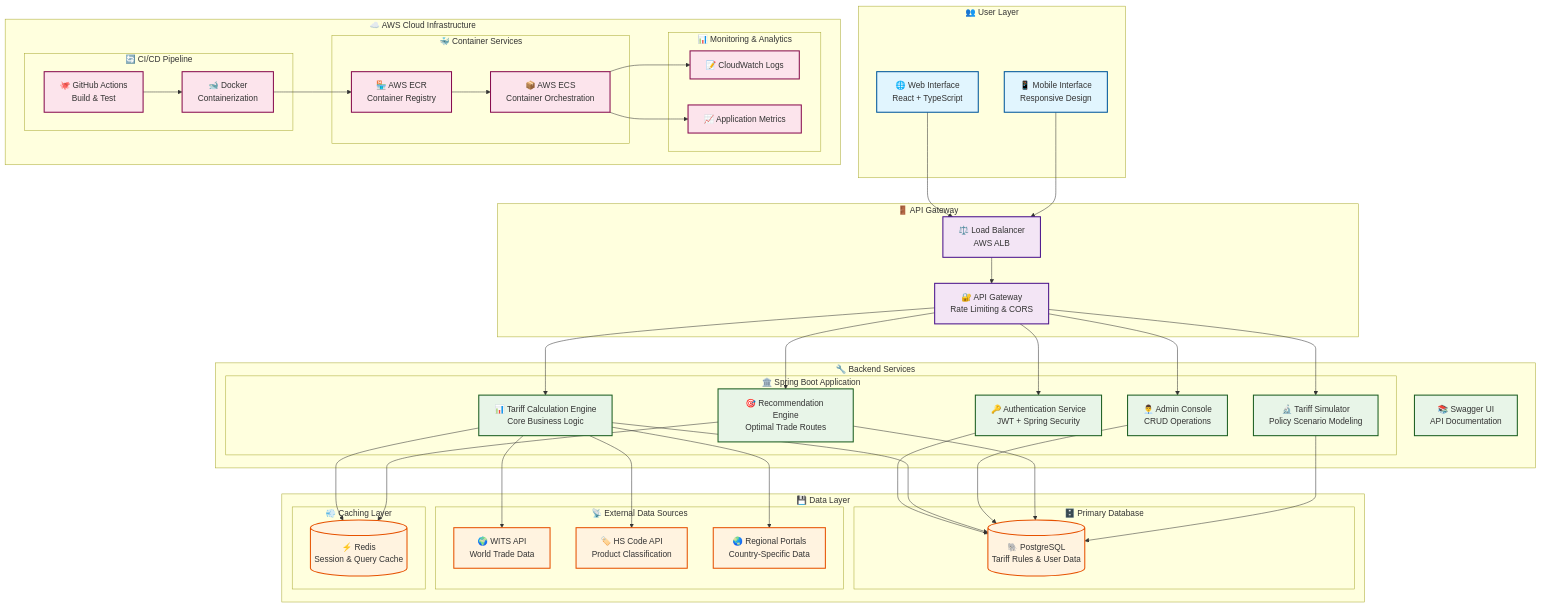
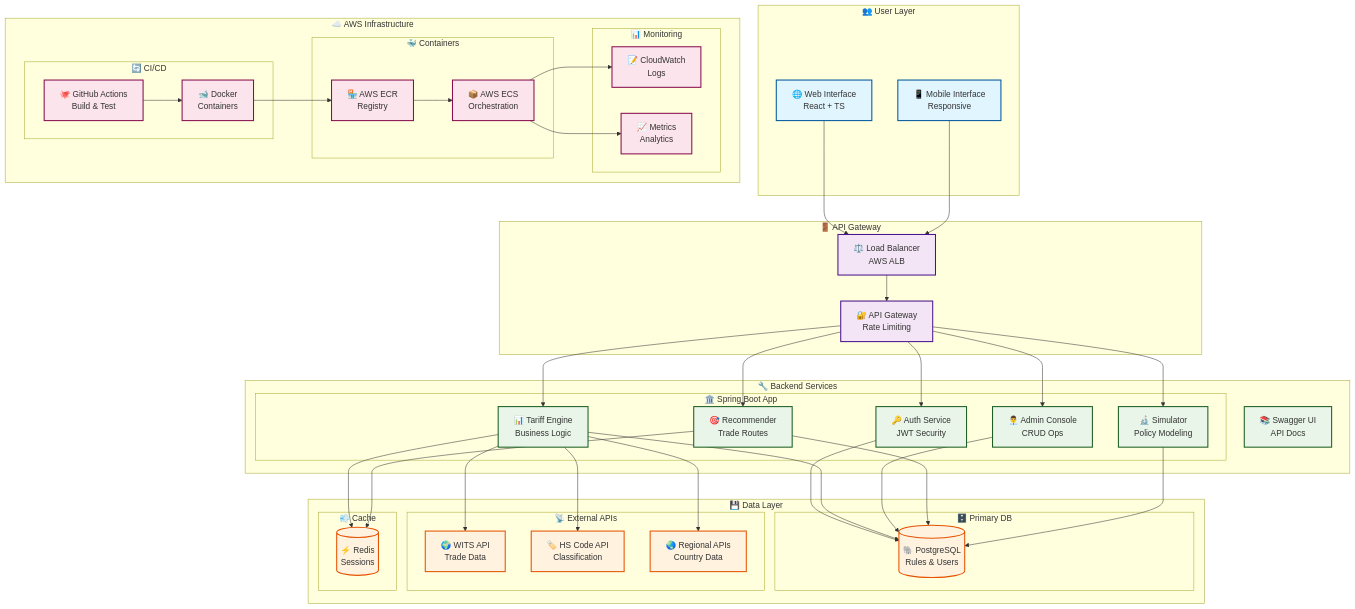
The first of 2 diagrams in README.md (SaaiAravindhRaja/TariffSheriff), drawn with Mermaid before and after one commit.

Commit message:
fix architecture diagrams for clarity and consistency

```diff
--- a/README.md
+++ b/README.md
@@ -19,61 +19,61 @@
 graph TB
     %% User Layer
     subgraph "👥 User Layer"
-        WEB[🌐 Web Interface<br/>React + TypeScript]
-        MOB[📱 Mobile Interface<br/>Responsive Design]
+        WEB[🌐 Web Interface<br/>React + TS]
+        MOB[📱 Mobile Interface<br/>Responsive]
     end
 
     %% API Gateway & Load Balancer
     subgraph "🚪 API Gateway"
         LB[⚖️ Load Balancer<br/>AWS ALB]
-        GATE[🔐 API Gateway<br/>Rate Limiting & CORS]
+        GATE[🔐 API Gateway<br/>Rate Limiting]
     end
 
     %% Backend Services
     subgraph "🔧 Backend Services"
-        subgraph "🏛️ Spring Boot Application"
-            AUTH[🔑 Authentication Service<br/>JWT + Spring Security]
-            TARIFF[📊 Tariff Calculation Engine<br/>Core Business Logic]
-            ADMIN[👨‍💼 Admin Console<br/>CRUD Operations]
-            REC[🎯 Recommendation Engine<br/>Optimal Trade Routes]
-            SIM[🔬 Tariff Simulator<br/>Policy Scenario Modeling]
+        subgraph "🏛️ Spring Boot App"
+            AUTH[🔑 Auth Service<br/>JWT Security]
+            TARIFF[📊 Tariff Engine<br/>Business Logic]
+            ADMIN[👨‍💼 Admin Console<br/>CRUD Ops]
+            REC[🎯 Recommender<br/>Trade Routes]
+            SIM[🔬 Simulator<br/>Policy Modeling]
         end
         
-        SWAGGER[📚 Swagger UI<br/>API Documentation]
+        SWAGGER[📚 Swagger UI<br/>API Docs]
     end
 
     %% Data Layer
     subgraph "💾 Data Layer"
-        subgraph "🗄️ Primary Database"
-            POSTGRES[(🐘 PostgreSQL<br/>Tariff Rules & User Data)]
+        subgraph "🗄️ Primary DB"
+            POSTGRES[(🐘 PostgreSQL<br/>Rules & Users)]
         end
         
-        subgraph "📡 External Data Sources"
-            WITS[🌍 WITS API<br/>World Trade Data]
-            HS[🏷️ HS Code API<br/>Product Classification]
-            REGIONAL[🌏 Regional Portals<br/>Country-Specific Data]
+        subgraph "📡 External APIs"
+            WITS[🌍 WITS API<br/>Trade Data]
+            HS[🏷️ HS Code API<br/>Classification]
+            REGIONAL[🌏 Regional APIs<br/>Country Data]
         end
         
-        subgraph "💨 Caching Layer"
-            REDIS[(⚡ Redis<br/>Session & Query Cache)]
+        subgraph "💨 Cache"
+            REDIS[(⚡ Redis<br/>Sessions)]
         end
     end
 
     %% Infrastructure & Deployment
-    subgraph "☁️ AWS Cloud Infrastructure"
-        subgraph "🐳 Container Services"
-            ECS[📦 AWS ECS<br/>Container Orchestration]
-            ECR[🏪 AWS ECR<br/>Container Registry]
+    subgraph "☁️ AWS Infrastructure"
+        subgraph "🐳 Containers"
+            ECS[📦 AWS ECS<br/>Orchestration]
+            ECR[🏪 AWS ECR<br/>Registry]
         end
         
-        subgraph "🔄 CI/CD Pipeline"
+        subgraph "🔄 CI/CD"
             GITHUB[🐙 GitHub Actions<br/>Build & Test]
-            DOCKER[🐋 Docker<br/>Containerization]
+            DOCKER[🐋 Docker<br/>Containers]
         end
         
-        subgraph "📊 Monitoring & Analytics"
-            LOGS[📝 CloudWatch Logs]
-            METRICS[📈 Application Metrics]
+        subgraph "📊 Monitoring"
+            LOGS[📝 CloudWatch<br/>Logs]
+            METRICS[📈 Metrics<br/>Analytics]
         end
     end
 
```
